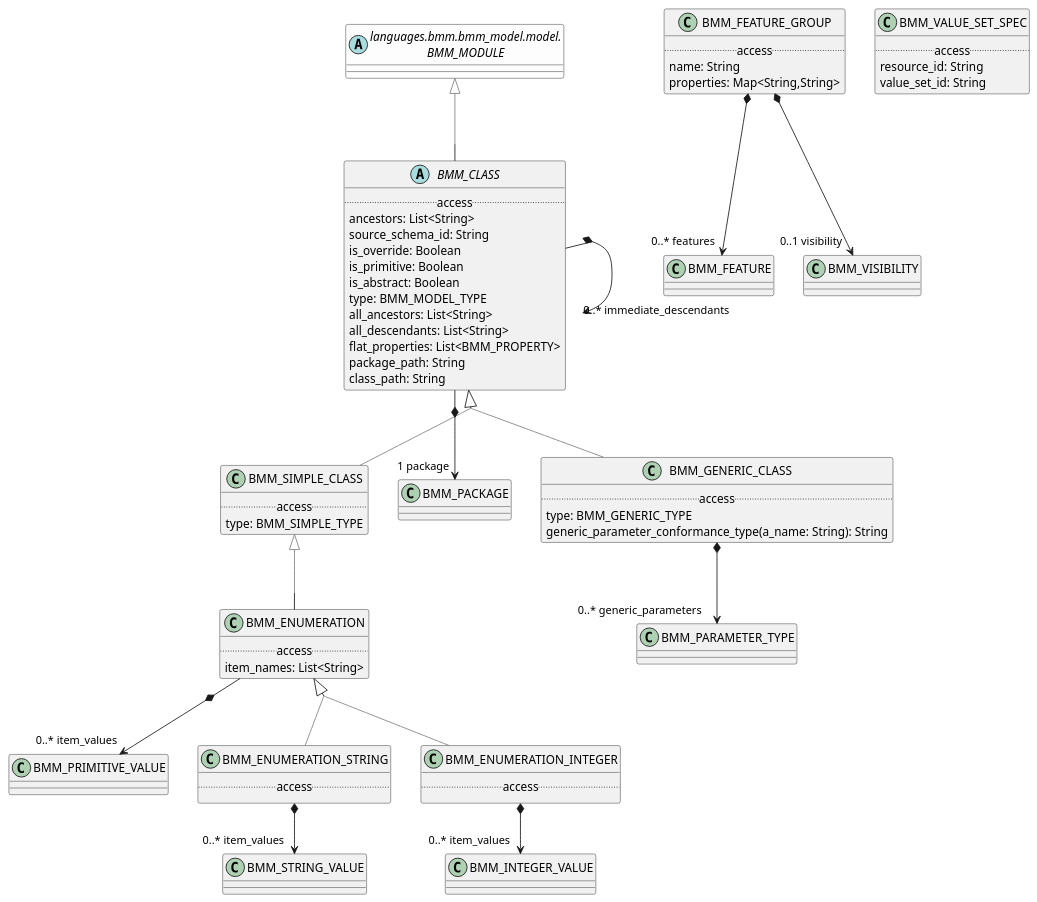
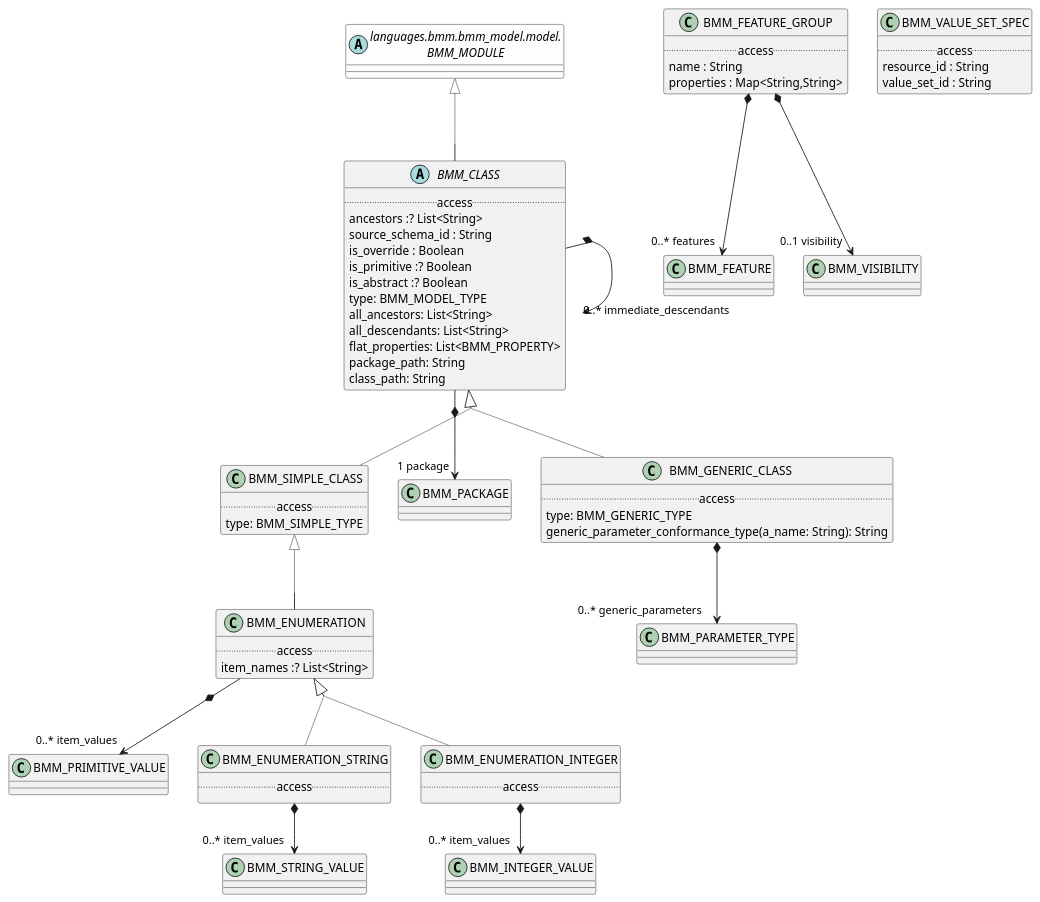
Before and after one commit to wolandscat/openehr-doc: the diagram in modules/ROOT/examples/bmm/languages/bmm/bmm_model/class/class-package-uml.adoc, drawn with PlantUML. The commit also changed 1814 other files, not shown here.

```diff
--- a/modules/ROOT/examples/bmm/languages/bmm/bmm_model/class/class-package-uml.adoc
+++ b/modules/ROOT/examples/bmm/languages/bmm/bmm_model/class/class-package-uml.adoc
@@ -16,7 +16,7 @@
 
 class BMM_ENUMERATION [[/openehr-doc/latest/languages/bmm-gen.html#_class_bmm_enumeration]] {
         .. access ..
-        item_names: List<String>
+        item_names :? List<String>
 }
 
 BMM_ENUMERATION -[#gray]up-|> BMM_SIMPLE_CLASS  
@@ -35,10 +35,9 @@
 
 class BMM_FEATURE_GROUP [[/openehr-doc/latest/languages/bmm-gen.html#_class_bmm_feature_group]] {
         .. access ..
-        name: String
-        properties: Map<String,String>
+        name : String
+        properties : Map<String,String>
 }
-
 
 BMM_FEATURE_GROUP *--> "0..* features" BMM_FEATURE
 
@@ -55,18 +54,17 @@
 
 class BMM_VALUE_SET_SPEC [[/openehr-doc/latest/languages/bmm-gen.html#_class_bmm_value_set_spec]] {
         .. access ..
-        resource_id: String
-        value_set_id: String
+        resource_id : String
+        value_set_id : String
 }
-
 
 abstract class BMM_CLASS [[/openehr-doc/latest/languages/bmm-gen.html#_class_bmm_class]] {
         .. access ..
-        ancestors: List<String>
-        source_schema_id: String
-        is_override: Boolean
-        is_primitive: Boolean
-        is_abstract: Boolean
+        ancestors :? List<String>
+        source_schema_id : String
+        is_override : Boolean
+        is_primitive :? Boolean
+        is_abstract :? Boolean
         type: BMM_MODEL_TYPE
         all_ancestors: List<String>
         all_descendants: List<String>
```
